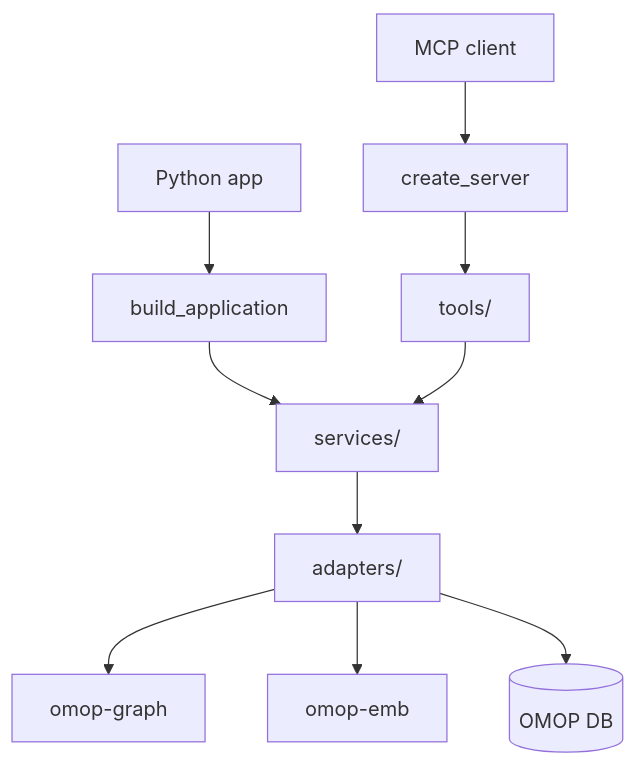
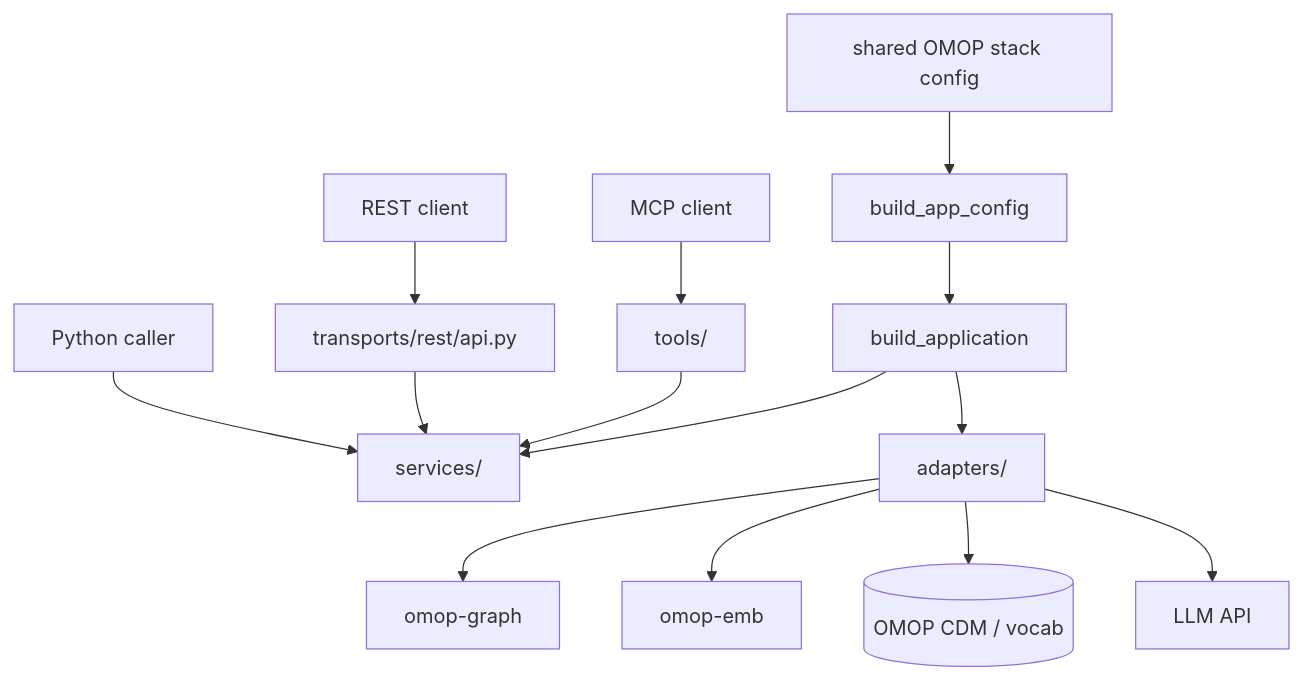
The diagram in docs/index.md (AustralianCancerDataNetwork/groundworkers), drawn with Mermaid before and after one commit. The commit also changed other lines of this file and 85 other files, not shown here.

````diff
--- a/docs/index.md
+++ b/docs/index.md
@@ -13,12 +21,16 @@
 ```mermaid
 flowchart TD
-    A[Python app] --> APP[build_application]
-    B[MCP client] --> SERVER[create_server]
+    STACK[shared OMOP stack config] --> BOOT[build_app_config]
+    BOOT --> APP[build_application]
     APP --> S[services/]
-    SERVER --> T[tools/]
+    APP --> A[adapters/]
+    MCP[MCP client] --> T[tools/]
     T --> S
-    S --> AD[adapters/]
-    AD --> OG[omop-graph]
-    AD --> OE[omop-emb]
-    AD --> DB[(OMOP DB)]
+    REST[REST client] --> R[transports/rest/api.py]
+    R --> S
+    PY[Python caller] --> S
+    A --> OG[omop-graph]
+    A --> OE[omop-emb]
+    A --> DB[(OMOP CDM / vocab)]
+    A --> LLM[LLM API]
 ```
````
